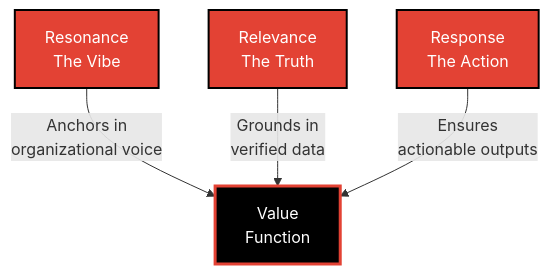
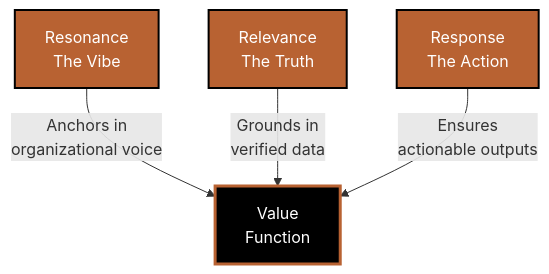
One commit to siddharthachaturvedi/sidc-portfolio changed the diagram in README.md. Above: the diagram before and after it, drawn with Mermaid. The commit also changed other lines of this file and 17 other files, not shown here.

````diff
--- a/README.md
+++ b/README.md
@@ -43,11 +43,11 @@
 ```mermaid
 graph TD
     A[Resonance<br/>The Vibe] -->|Anchors in<br/>organizational voice| D[Value<br/>Function]
     B[Relevance<br/>The Truth] -->|Grounds in<br/>verified data| D
     C[Response<br/>The Action] -->|Ensures<br/>actionable outputs| D
     
-    style A fill:#E34234,stroke:#000,stroke-width:2px,color:#fff
-    style B fill:#E34234,stroke:#000,stroke-width:2px,color:#fff
-    style C fill:#E34234,stroke:#000,stroke-width:2px,color:#fff
-    style D fill:#000,stroke:#E34234,stroke-width:3px,color:#fff
+    style A fill:#B86232,stroke:#000,stroke-width:2px,color:#fff
+    style B fill:#B86232,stroke:#000,stroke-width:2px,color:#fff
+    style C fill:#B86232,stroke:#000,stroke-width:2px,color:#fff
+    style D fill:#000,stroke:#B86232,stroke-width:3px,color:#fff
 ```
````
